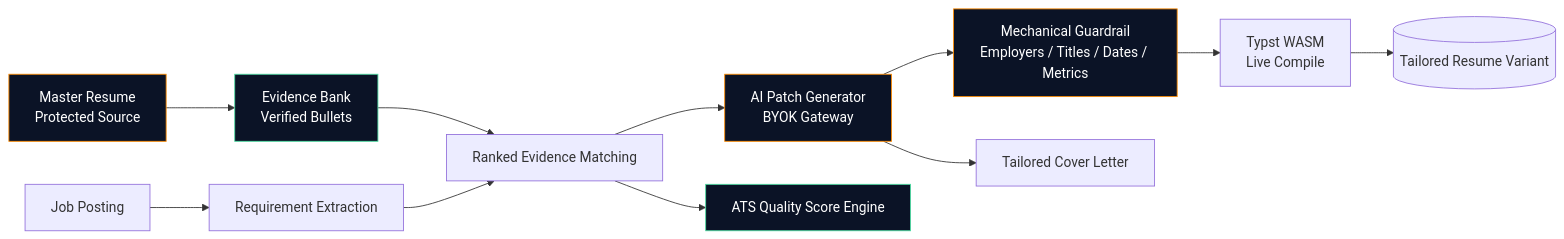
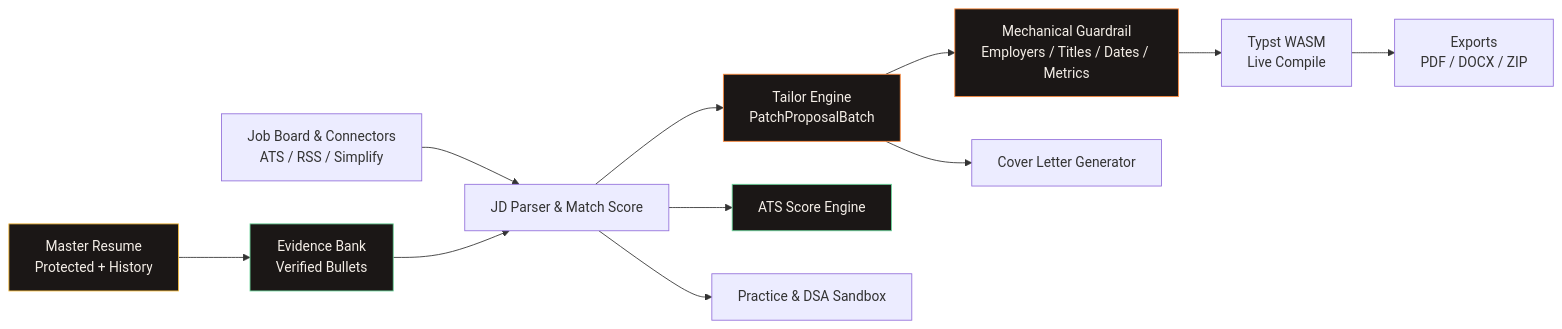
One commit to ZenzerJs/ResumeForge changed the diagram in README.md. Above: the diagram before and after it, drawn with Mermaid. The commit also changed other lines of this file, not shown here.

Commit message:
docs: update README.md to match current codebase

````diff
--- a/README.md
+++ b/README.md
@@ -105,19 +110,19 @@
 ```mermaid
 flowchart LR
-    A[Master Resume<br/>Protected Source] --> B[Evidence Bank<br/>Verified Bullets]
-    C[Job Posting] --> D[Requirement Extraction]
-    B --> E[Ranked Evidence Matching]
-    D --> E
-    E --> F[AI Patch Generator<br/>BYOK Gateway]
-    F --> G[Mechanical Guardrail<br/>Employers / Titles / Dates / Metrics]
-    G --> H[Typst WASM<br/>Live Compile]
-    E --> I[ATS Quality Score Engine]
-    F --> J[Tailored Cover Letter]
-    H --> K[(Tailored Resume Variant)]
+    A[Master Resume<br/>Protected + History] --> B[Evidence Bank<br/>Verified Bullets]
+    C[Job Board & Connectors<br/>ATS / RSS / Simplify] --> D[JD Parser & Match Score]
+    B --> D
+    D --> E[Tailor Engine<br/>PatchProposalBatch]
+    E --> F[Mechanical Guardrail<br/>Employers / Titles / Dates / Metrics]
+    F --> G[Typst WASM<br/>Live Compile]
+    G --> H[Exports<br/>PDF / DOCX / ZIP]
+    D --> I[ATS Score Engine]
+    E --> J[Cover Letter Generator]
+    D --> K[Practice & DSA Sandbox]
 
-    style A fill:#0b1326,stroke:#ff8c00,color:#fff
-    style B fill:#0b1326,stroke:#4edea3,color:#fff
-    style F fill:#0b1326,stroke:#ff8c00,color:#fff
-    style G fill:#0b1326,stroke:#ff8c00,color:#fff
-    style I fill:#0b1326,stroke:#4edea3,color:#fff
+    style A fill:#1b1716,stroke:#f7bd3f,color:#f4eee7
+    style B fill:#1b1716,stroke:#6bd69a,color:#f4eee7
+    style E fill:#1b1716,stroke:#ff8b3d,color:#f4eee7
+    style F fill:#1b1716,stroke:#ff8b3d,color:#f4eee7
+    style I fill:#1b1716,stroke:#6bd69a,color:#f4eee7
 ```
````
